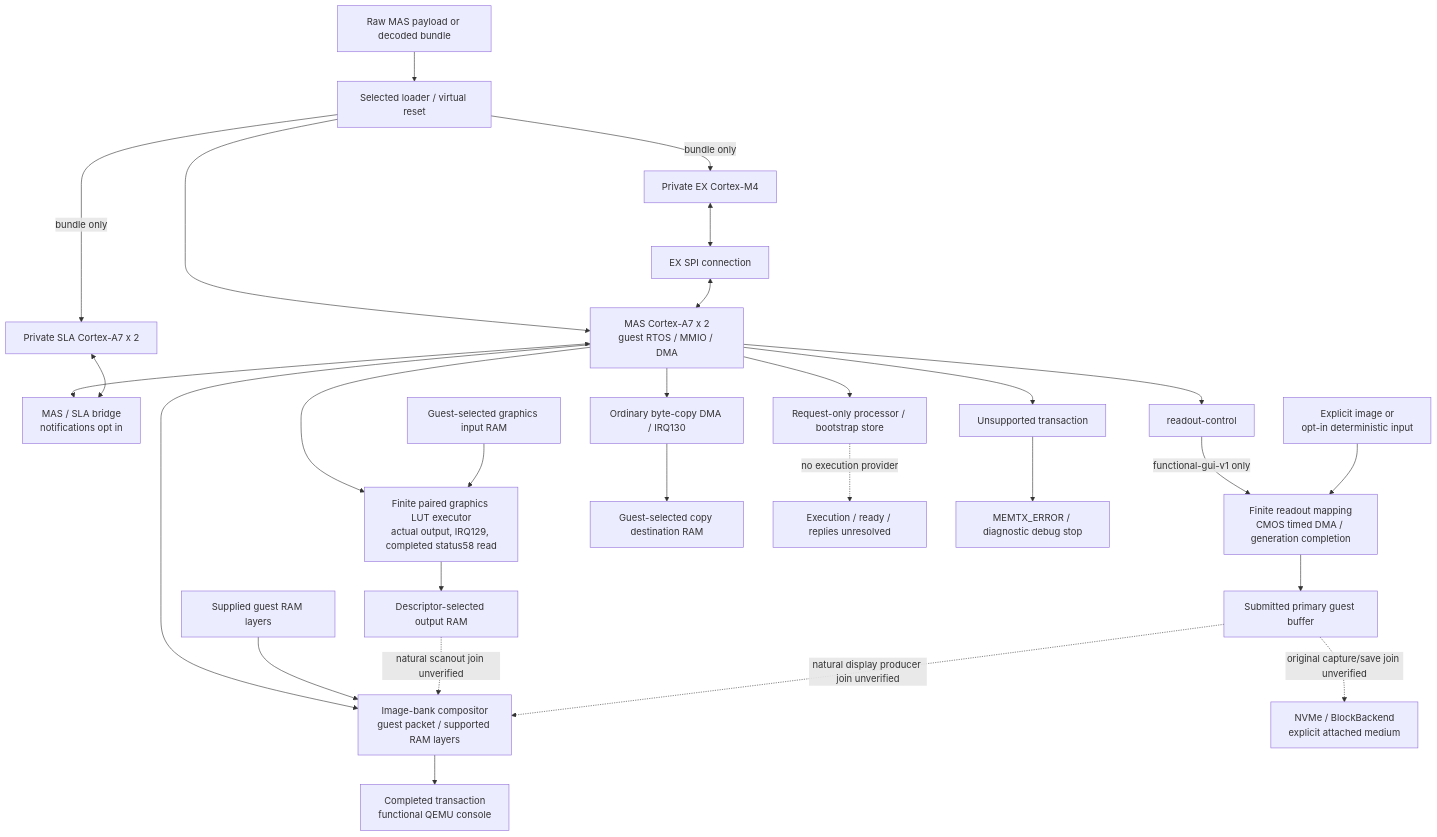
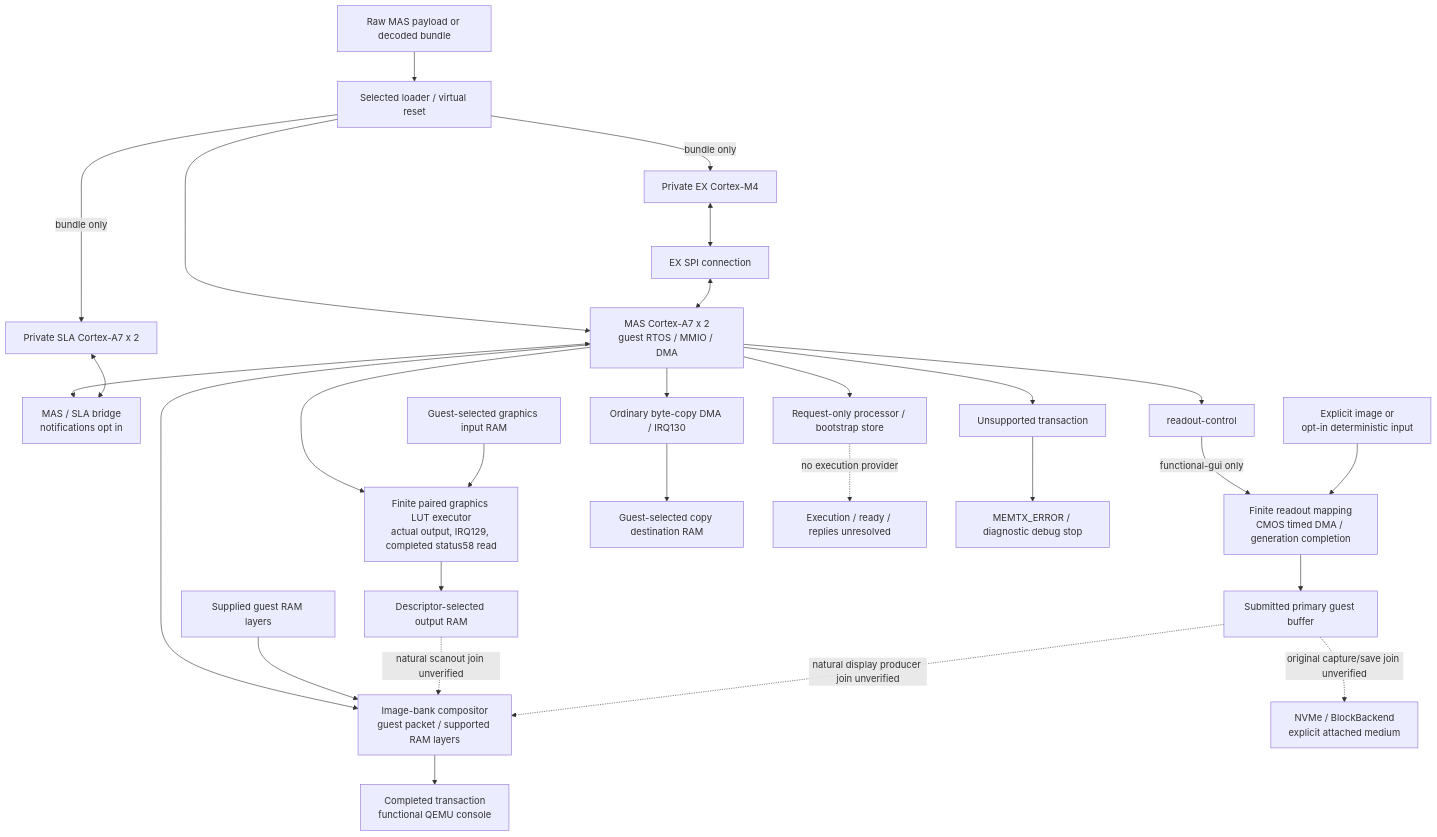
Before and after one commit to nightglasses/z7ii-qemu: the diagram in README.md, drawn with Mermaid. The commit also changed other lines of this file and 24 other files, not shown here.

````diff
--- a/README.md
+++ b/README.md
@@ -86,31 +86,31 @@
 ```mermaid
 flowchart TD
   Input["Raw MAS payload or decoded bundle"] --> Loader["Selected loader / virtual reset"]
   Loader --> MAS["MAS Cortex-A7 x 2<br/>guest RTOS / MMIO / DMA"]
   Loader -->|"bundle only"| SLA["Private SLA Cortex-A7 x 2"]
   Loader -->|"bundle only"| EX["Private EX Cortex-M4"]
   MAS <--> Bridge["MAS / SLA bridge<br/>notifications opt in"]
   SLA <--> Bridge
   EX <--> SPI["EX SPI connection"]
   SPI <--> MAS
 
   MAS --> Readout["readout-control"]
-  Readout -->|"functional-gui-v1 only"| CMOS["Finite readout mapping<br/>CMOS timed DMA / generation completion"]
+  Readout -->|"functional-gui only"| CMOS["Finite readout mapping<br/>CMOS timed DMA / generation completion"]
   Source["Explicit image or<br/>opt-in deterministic input"] --> CMOS
   CMOS --> RAM["Submitted primary guest buffer"]
   MAS --> Graphics["Finite paired graphics LUT executor<br/>actual output, IRQ129, completed status58 read"]
   GraphicsRAM["Guest-selected graphics input RAM"] --> Graphics
   Graphics --> Output["Descriptor-selected output RAM"]
   MAS --> Copy["Ordinary byte-copy DMA / IRQ130"]
   Copy --> CopyRAM["Guest-selected copy destination RAM"]
   MAS --> Banks["Image-bank compositor<br/>guest packet / supported RAM layers"]
   DisplayRAM["Supplied guest RAM layers"] --> Banks
   Output -. "natural scanout join unverified" .-> Banks
   RAM -. "natural display producer join unverified" .-> Banks
   Banks --> Console["Completed transaction<br/>functional QEMU console"]
   RAM -. "original capture/save join unverified" .-> Storage["NVMe / BlockBackend<br/>explicit attached medium"]
   MAS --> Processor["Request-only processor / bootstrap store"]
   Processor -. "no execution provider" .-> Pending["Execution / ready / replies unresolved"]
   MAS --> Unknown["Unsupported transaction"]
   Unknown --> Stop["MEMTX_ERROR / diagnostic debug stop"]
 ```
````
